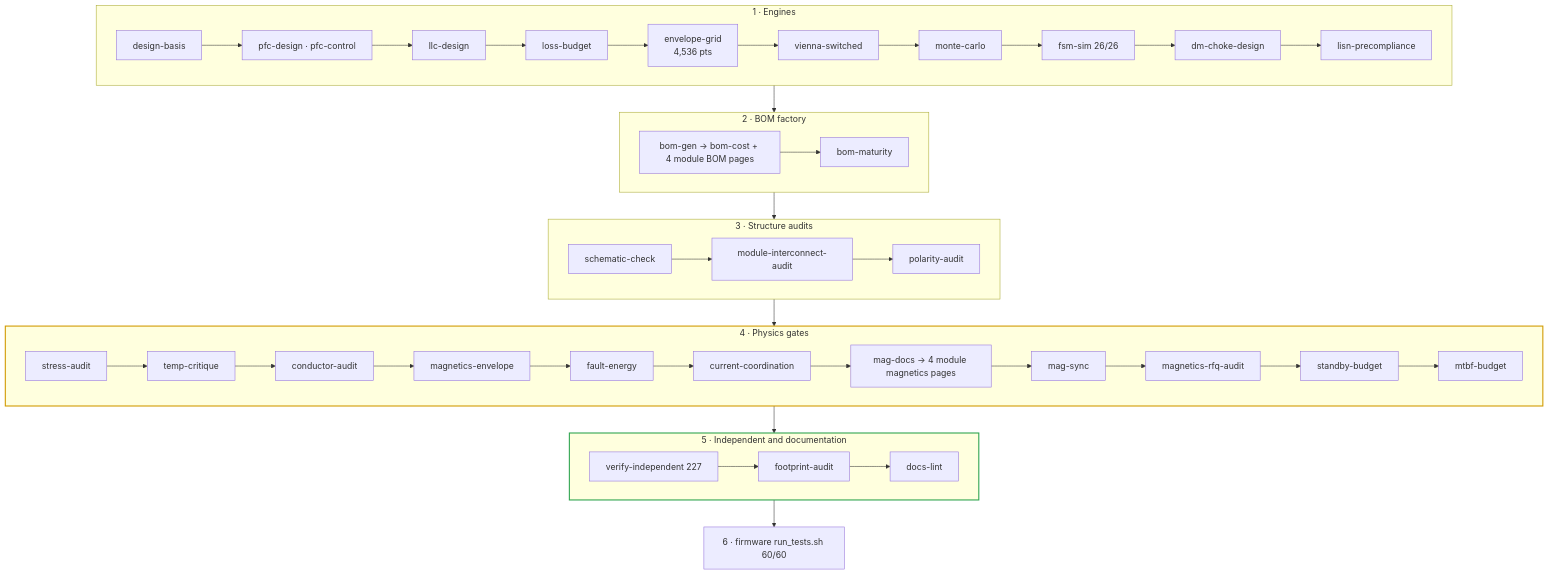
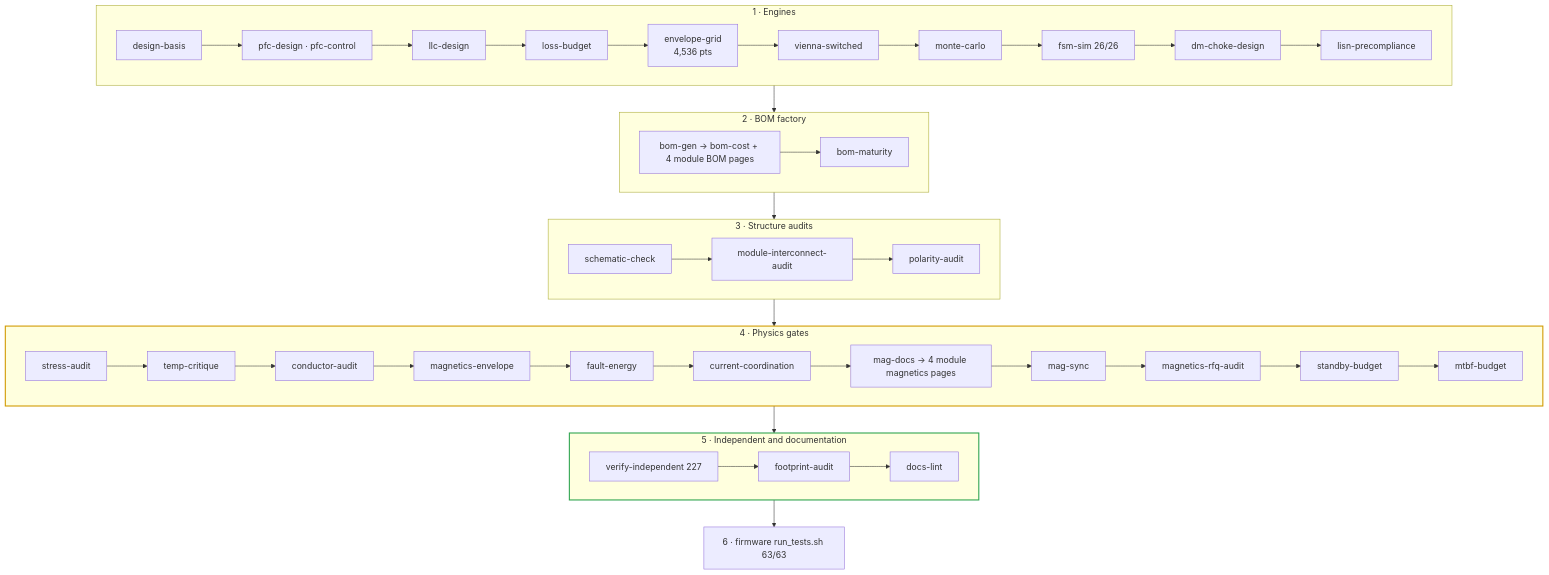
The first of 2 diagrams in calculations/README.md (vectivolt/DC-Modules), drawn with Mermaid before and after one commit. The commit also changed other lines of this file and 91 other files, not shown here.

````diff
--- a/calculations/README.md
+++ b/calculations/README.md
@@ -26,29 +26,29 @@
 ```mermaid
 flowchart TB
   subgraph ENG["1 · Engines"]
     direction LR
     DB["design-basis"] --> PFC["pfc-design · pfc-control"] --> LLC["llc-design"] --> LOSS["loss-budget"]
     LOSS --> GRID["envelope-grid<br/>4,536 pts"] --> VS["vienna-switched"] --> MC["monte-carlo"] --> FSM["fsm-sim 26/26"]
     FSM --> DM["dm-choke-design"] --> LISN["lisn-precompliance"]
   end
   subgraph BOM["2 · BOM factory"]
     direction LR
     BG["bom-gen → bom-cost + 4 module BOM pages"] --> BM["bom-maturity"]
   end
   subgraph STR["3 · Structure audits"]
     direction LR
     SC["schematic-check"] --> MIA["module-interconnect-audit"] --> PA["polarity-audit"]
   end
   subgraph PHY["4 · Physics gates"]
     direction LR
     SA["stress-audit"] --> TC["temp-critique"] --> CA["conductor-audit"] --> ME["magnetics-envelope"] --> FE["fault-energy"] --> CC["current-coordination"] --> MD["mag-docs → 4 module magnetics pages"] --> MS["mag-sync"] --> RFQ["magnetics-rfq-audit"] --> SBY["standby-budget"] --> MTB["mtbf-budget"]
   end
   subgraph IND["5 · Independent and documentation"]
     direction LR
     VI["verify-independent 227"] --> FA["footprint-audit"] --> DL["docs-lint"]
   end
-  FW["6 · firmware run_tests.sh 60/60"]
+  FW["6 · firmware run_tests.sh 63/63"]
   ENG --> BOM --> STR --> PHY --> IND --> FW
   style PHY stroke:#d19a00,stroke-width:2px
   style IND stroke:#2ea44f,stroke-width:2px
 ```
````
